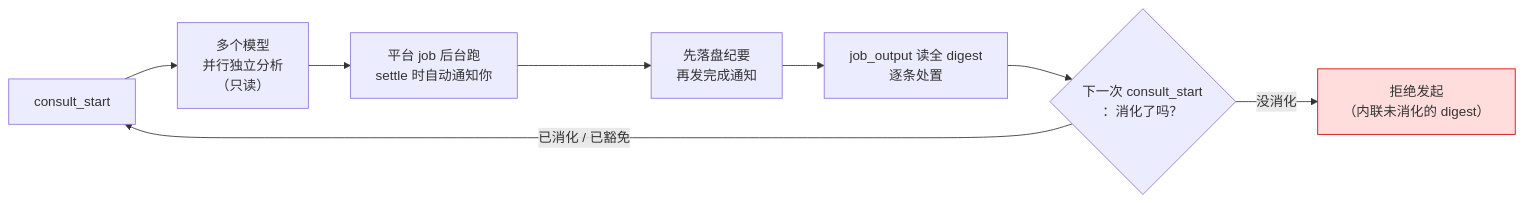
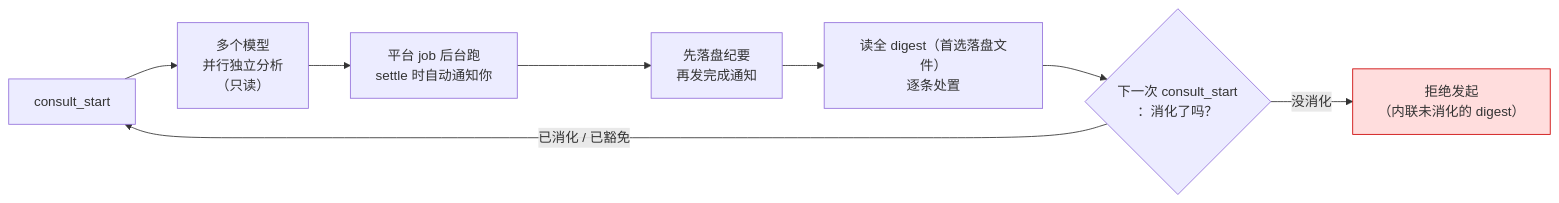
One commit to shenhuanageshei/dsh-thincoder-suite changed the fourth of 5 diagrams in README.md. Above: the diagram before and after it, drawn with Mermaid. The commit also changed other lines of this file and 15 other files, not shown here.

````diff
--- a/README.md
+++ b/README.md
@@ -95,11 +95,11 @@
 ```mermaid
 flowchart LR
   S["consult_start"] --> P["多个模型<br/>并行独立分析<br/>（只读）"]
   P --> J["平台 job 后台跑<br/>settle 时自动通知你"]
   J --> D["先落盘纪要<br/>再发完成通知"]
-  D --> M["job_output 读全 digest<br/>逐条处置"]
+  D --> M["读全 digest（首选落盘文件）<br/>逐条处置"]
   M --> G{"下一次 consult_start<br/>：消化了吗？"}
   G -- "没消化" --> BLOCK["拒绝发起<br/>（内联未消化的 digest）"]
   G -- "已消化 / 已豁免" --> S
   style BLOCK fill:#fdd,stroke:#c00
 ```
````
